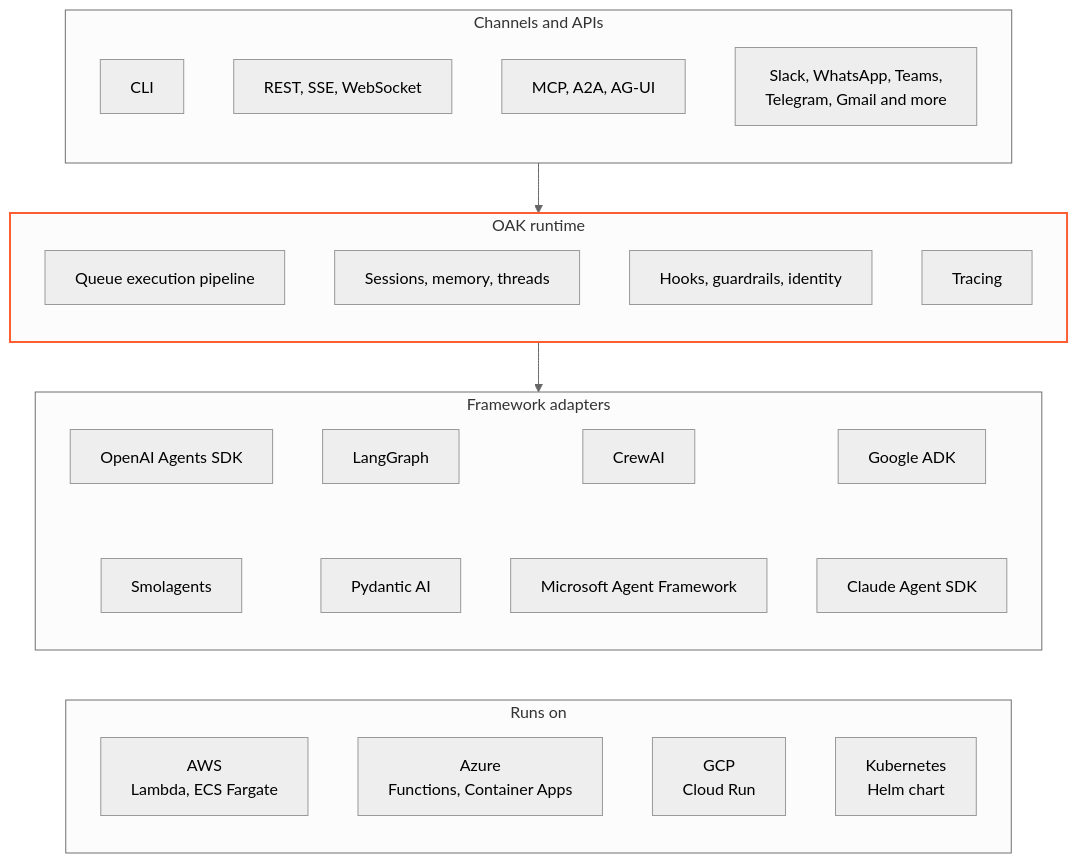
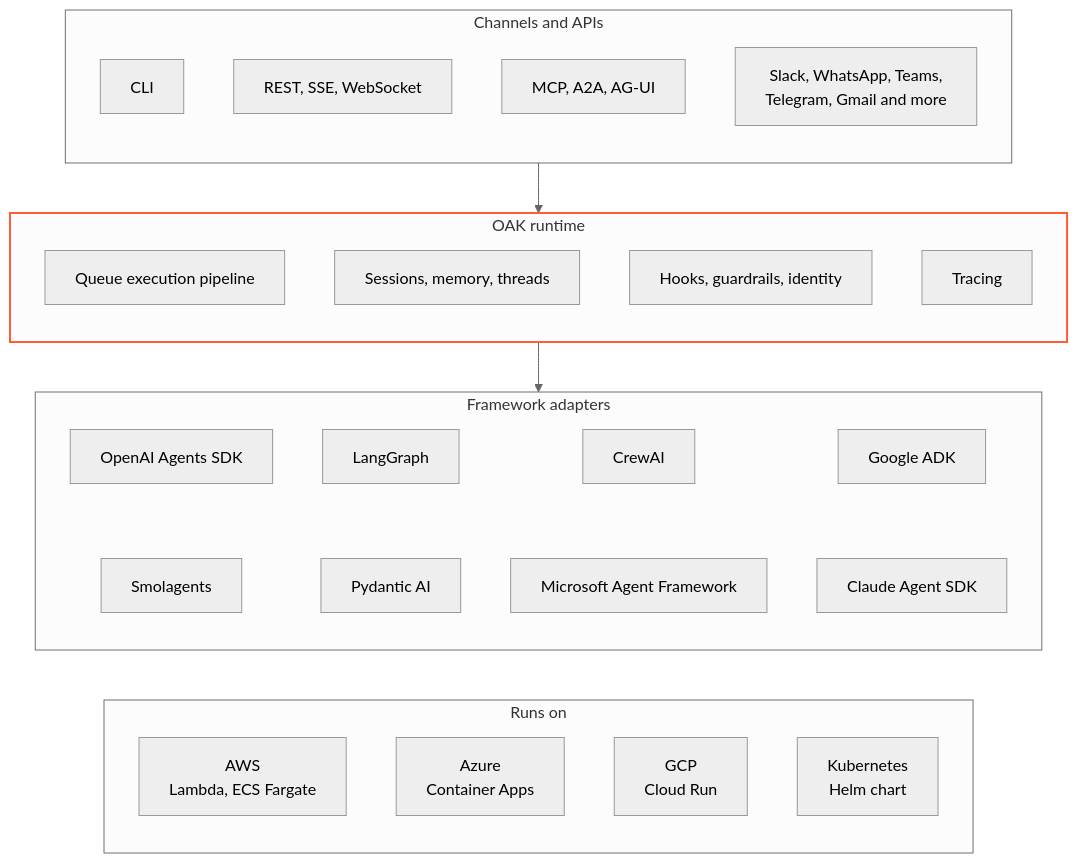
Before and after one commit to yaalalabs/agent-kernel: the diagram in README.md, drawn with Mermaid (neutral theme). The commit also changed other lines of this file and 10 other files, not shown here.

````diff
--- a/README.md
+++ b/README.md
@@ -150,38 +150,38 @@
 ```mermaid
 flowchart TB
     subgraph surfaces["Channels and APIs"]
         direction TB
         cli["CLI"]
         http["REST, SSE, WebSocket"]
         proto["MCP, A2A, AG-UI"]
         chat["Slack, WhatsApp, Teams,<br/>Telegram, Gmail and more"]
     end
 
     subgraph oak["OAK runtime"]
         direction TB
         pipeline["Queue execution pipeline"]
         state["Sessions, memory, threads"]
         policy["Hooks, guardrails, identity"]
         trace["Tracing"]
     end
 
     subgraph adapters["Framework adapters"]
         direction TB
         f1["OpenAI Agents SDK"] ~~~ f5["Smolagents"]
         f2["LangGraph"] ~~~ f6["Pydantic AI"]
         f3["CrewAI"] ~~~ f7["Microsoft Agent Framework"]
         f4["Google ADK"] ~~~ f8["Claude Agent SDK"]
     end
 
     subgraph targets["Runs on"]
         direction TB
         aws["AWS<br/>Lambda, ECS Fargate"]
-        azure["Azure<br/>Functions, Container Apps"]
+        azure["Azure<br/>Container Apps"]
         gcp["GCP<br/>Cloud Run"]
         k8s["Kubernetes<br/>Helm chart"]
     end
 
     surfaces --> oak --> adapters
     adapters ~~~ targets
     style oak stroke:#FF5E32,stroke-width:2px
 ```
````
